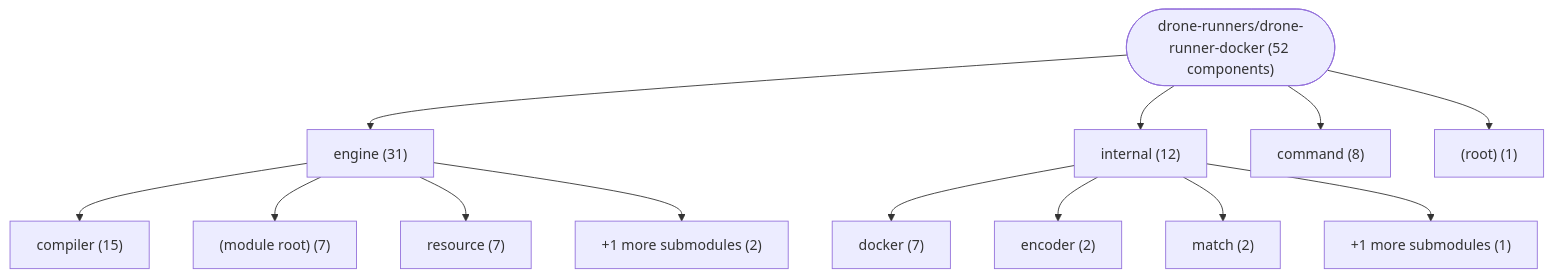
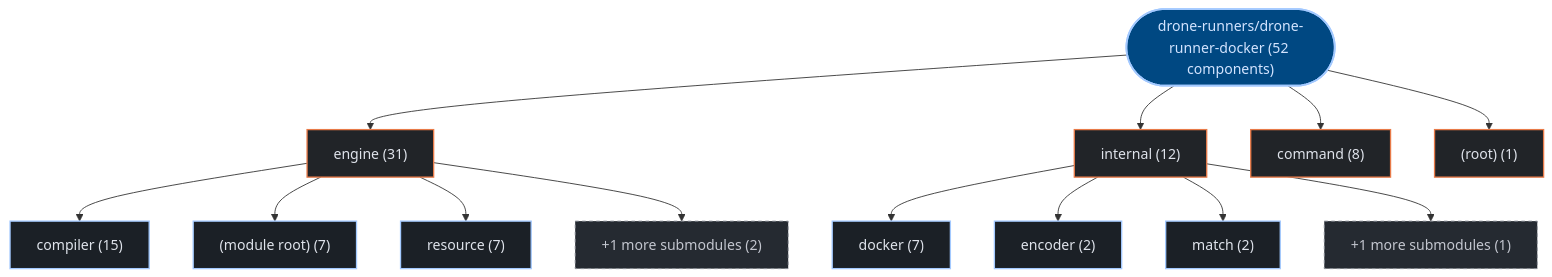
The first of 3 diagrams in exports/latest/reports/drone-runners-drone-runner-docker-report.md (kumarshaz/atruss-code-atlas), drawn with Mermaid before and after one commit. The commit also changed other lines of this file and 331 other files, not shown here.

Commit message:
docs,ui,fix: update SDLC docs, reorder CI/CD DAG first, stylize Mermaid, and fix Arc42 pipeline topology

````diff
--- a/exports/latest/reports/drone-runners-drone-runner-docker-report.md
+++ b/exports/latest/reports/drone-runners-drone-runner-docker-report.md
@@ -42,28 +42,35 @@
 ```mermaid
 graph TD;
-    repo_root(["drone-runners/drone-runner-docker (52 components)"])
-    dir_0_engine["engine (31)"]
+  classDef atlasRoot fill:#004882,stroke:#a3c9ff,stroke-width:2px,color:#d3e4ff
+  classDef atlasCategory fill:#212428,stroke:#E87A48,stroke-width:1.5px,color:#dfe3eb
+  classDef atlasWorkflow fill:#1b2026,stroke:#a3c9ff,stroke-width:1.5px,color:#dfe3eb
+  classDef atlasJob fill:#171c22,stroke:#8d9199,stroke-width:1px,color:#dfe3eb
+  classDef atlasTarget fill:#005227,stroke:#8bd99b,stroke-width:1.5px,color:#a7f6b6
+  classDef atlasAlert fill:#93000a,stroke:#ffb4ab,stroke-width:1.5px,color:#ffdad6
+  classDef atlasMore fill:#252a31,stroke:#8d9199,stroke-dasharray:4 4,color:#c3c6cf
+    repo_root(["drone-runners/drone-runner-docker (52 components)"]):::atlasRoot
+    dir_0_engine["engine (31)"]:::atlasCategory
     repo_root --> dir_0_engine
-    sub_0_0_compiler["compiler (15)"]
+    sub_0_0_compiler["compiler (15)"]:::atlasWorkflow
     dir_0_engine --> sub_0_0_compiler
-    sub_0_1__module_root_["(module root) (7)"]
+    sub_0_1__module_root_["(module root) (7)"]:::atlasWorkflow
     dir_0_engine --> sub_0_1__module_root_
-    sub_0_2_resource["resource (7)"]
+    sub_0_2_resource["resource (7)"]:::atlasWorkflow
     dir_0_engine --> sub_0_2_resource
-    sub_0_more["+1 more submodules (2)"]
+    sub_0_more["+1 more submodules (2)"]:::atlasMore
     dir_0_engine --> sub_0_more
-    dir_1_internal["internal (12)"]
+    dir_1_internal["internal (12)"]:::atlasCategory
     repo_root --> dir_1_internal
-    sub_1_0_docker["docker (7)"]
+    sub_1_0_docker["docker (7)"]:::atlasWorkflow
     dir_1_internal --> sub_1_0_docker
-    sub_1_1_encoder["encoder (2)"]
+    sub_1_1_encoder["encoder (2)"]:::atlasWorkflow
     dir_1_internal --> sub_1_1_encoder
-    sub_1_2_match["match (2)"]
+    sub_1_2_match["match (2)"]:::atlasWorkflow
     dir_1_internal --> sub_1_2_match
-    sub_1_more["+1 more submodules (1)"]
+    sub_1_more["+1 more submodules (1)"]:::atlasMore
     dir_1_internal --> sub_1_more
-    dir_2_command["command (8)"]
+    dir_2_command["command (8)"]:::atlasCategory
     repo_root --> dir_2_command
-    dir_3__root_["(root) (1)"]
+    dir_3__root_["(root) (1)"]:::atlasCategory
     repo_root --> dir_3__root_
 ```
````
